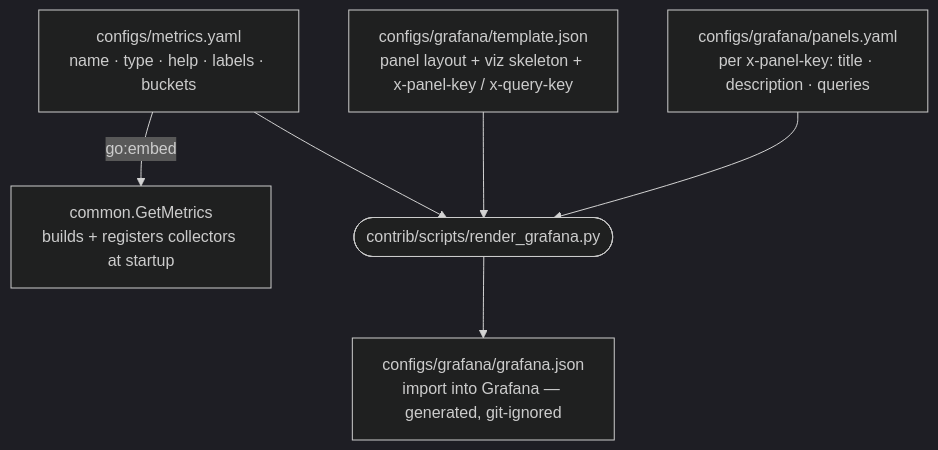
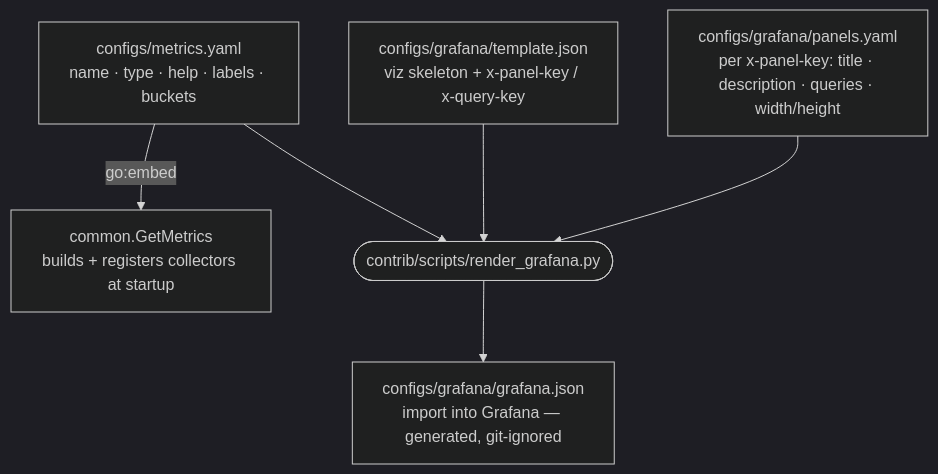
One commit to trezor/blockbook changed the diagram in configs/grafana/README.md. Above: the diagram before and after it, drawn with Mermaid (dark theme). The commit also changed other lines of this file and 5 other files, not shown here.

Commit message:
refactor(grafana): avoid storing grid positions into template

````diff
--- a/configs/grafana/README.md
+++ b/configs/grafana/README.md
@@ -6,14 +6,14 @@
 ```mermaid
 flowchart TD
     M["configs/metrics.yaml<br/>name · type · help · labels · buckets"]
-    T["configs/grafana/template.json<br/>panel layout + viz skeleton + x-panel-key / x-query-key"]
-    P["configs/grafana/panels.yaml<br/>per x-panel-key: title · description · queries"]
+    T["configs/grafana/template.json<br/>viz skeleton + x-panel-key / x-query-key"]
+    P["configs/grafana/panels.yaml<br/>per x-panel-key: title · description · queries · width/height"]
     G["common.GetMetrics<br/>builds + registers collectors at startup"]
     R(["contrib/scripts/render_grafana.py"])
     D["configs/grafana/grafana.json<br/>import into Grafana — generated, git-ignored"]
     M -->|go:embed| G
     M --> R
     T --> R
     P --> R
     R --> D
 ```
````
